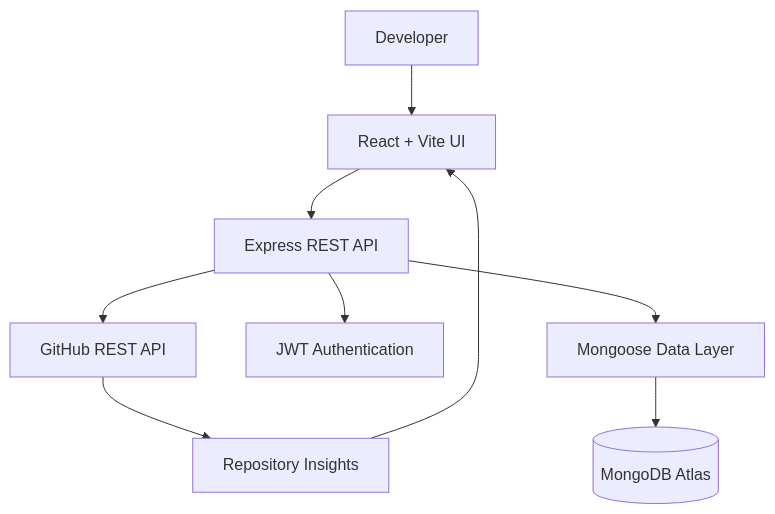
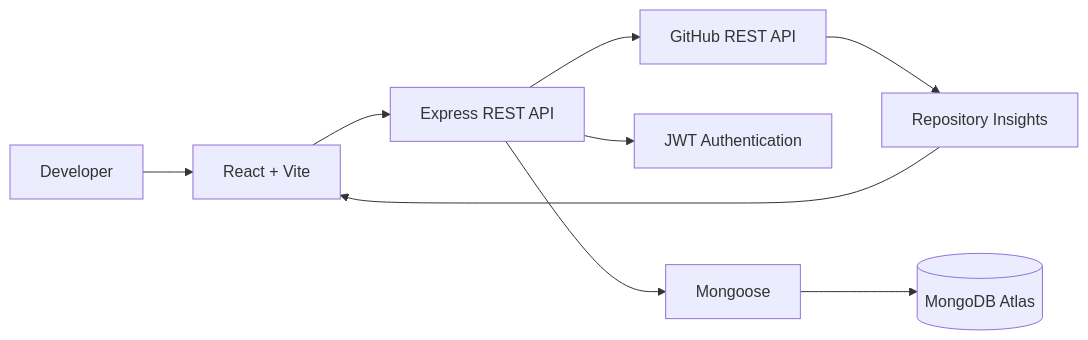
The diagram in README.md (Priyanka170974/Priyanka170974), drawn with Mermaid before and after one commit. The commit also changed other lines of this file, not shown here.

````diff
--- a/README.md
+++ b/README.md
@@ -77,11 +44,11 @@
 ```mermaid
-flowchart TD
-    A["Developer"] --> B["React + Vite UI"]
-    B --> C["Express REST API"]
-    C --> D["GitHub REST API"]
-    C --> E["JWT Authentication"]
-    C --> F["Mongoose Data Layer"]
-    F --> G[("MongoDB Atlas")]
-    D --> H["Repository Insights"]
-    H --> B
+flowchart LR
+    U[Developer] --> UI[React + Vite]
+    UI --> API[Express REST API]
+    API --> GH[GitHub REST API]
+    API --> AUTH[JWT Authentication]
+    API --> DB[Mongoose]
+    DB --> MDB[(MongoDB Atlas)]
+    GH --> DATA[Repository Insights]
+    DATA --> UI
 ```
````
